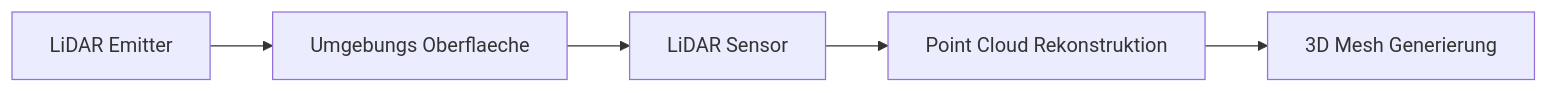
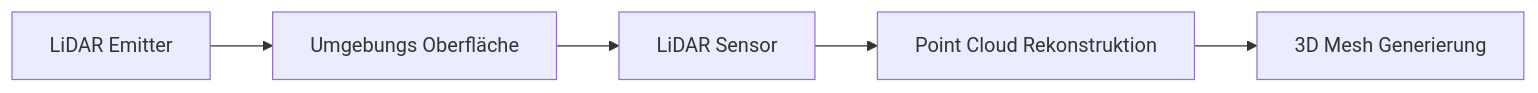
One commit to ModernAmusements/MA-Blog changed the second of 8 diagrams in content/blog/face-tracking-xplane.de.mdx. Above: the diagram before and after it, drawn with Mermaid. The commit also changed other lines of this file and 11 other files, not shown here.

````diff
--- a/content/blog/face-tracking-xplane.de.mdx
+++ b/content/blog/face-tracking-xplane.de.mdx
@@ -67,7 +67,7 @@
 ```mermaid
 flowchart LR
-    A[LiDAR Emitter] --> B[Umgebungs Oberflaeche]
+    A[LiDAR Emitter] --> B[Umgebungs Oberfläche]
     B --> C[LiDAR Sensor]
     C --> D[Point Cloud Rekonstruktion]
     D --> E[3D Mesh Generierung]
 ```
````
